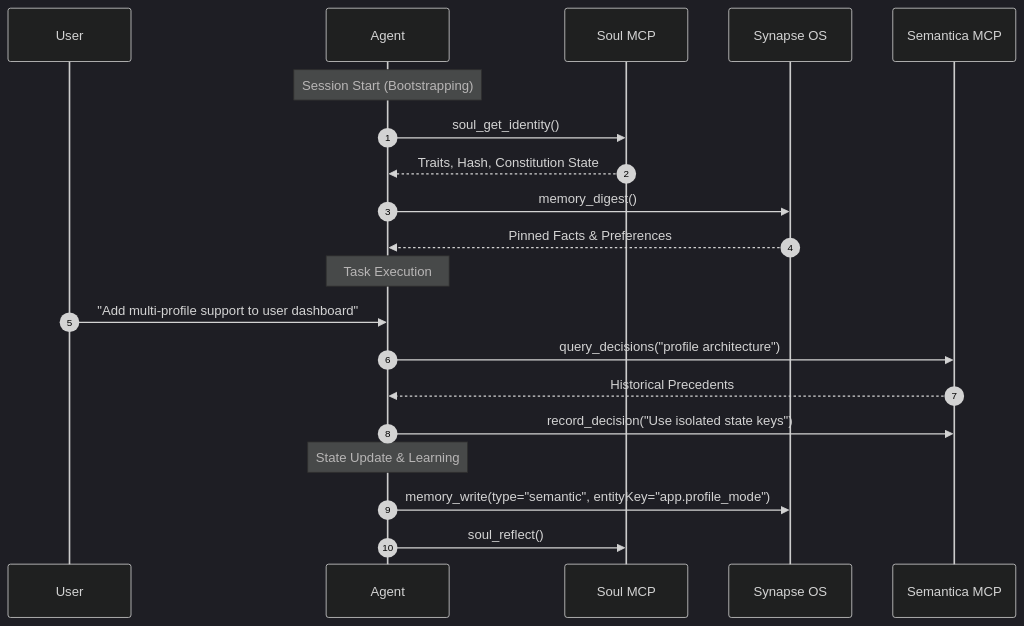
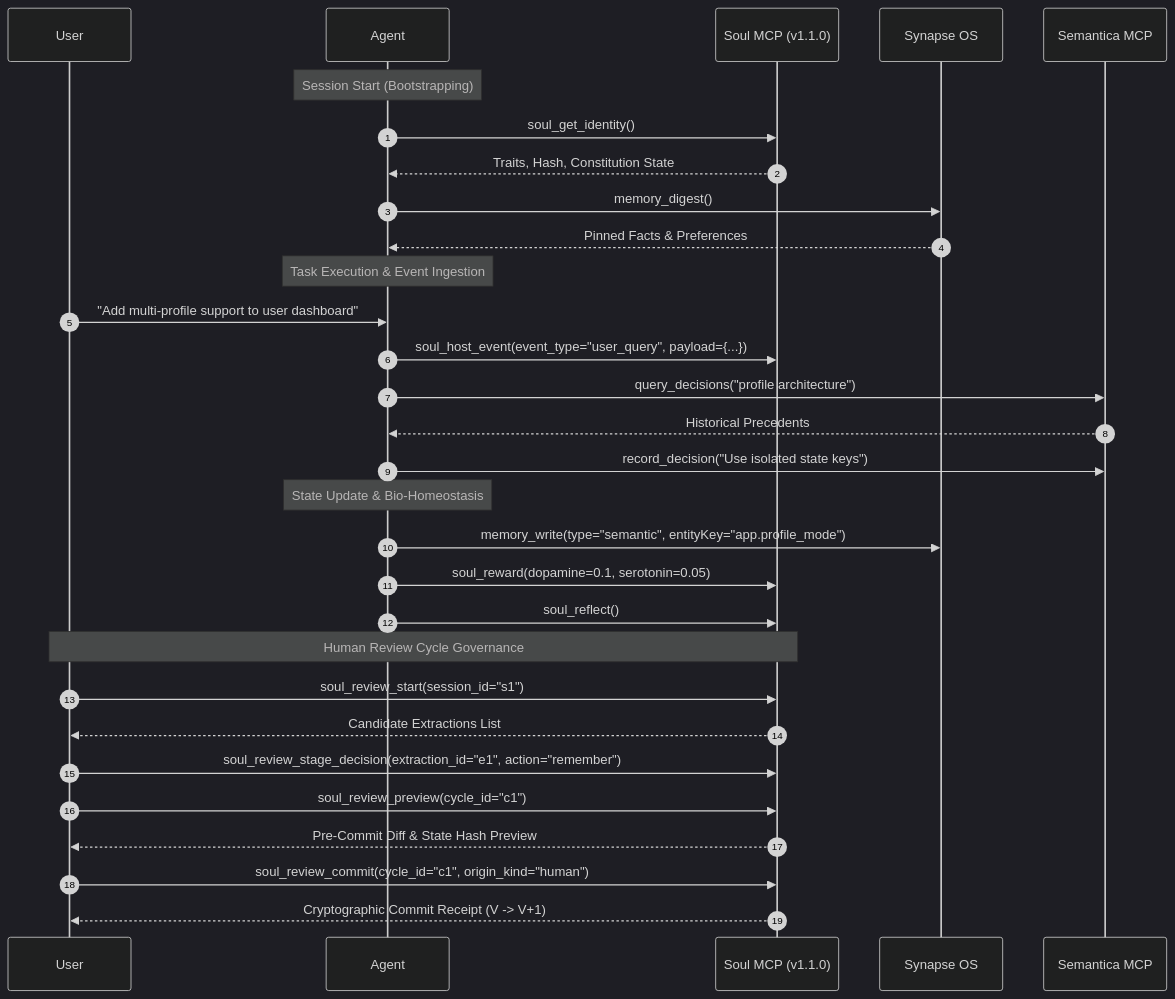
The diagram in docs/MCP_TOOL_USAGE_GUIDELINE.md (Azhonaras/soul-engine), drawn with Mermaid (dark theme) before and after one commit. The commit also changed other lines of this file and 2 other files, not shown here.

Commit message:
docs(diagrams): update architecture, sequence, and ER diagrams for v1.1.0 review cycle governance

````diff
--- a/docs/MCP_TOOL_USAGE_GUIDELINE.md
+++ b/docs/MCP_TOOL_USAGE_GUIDELINE.md
@@ -128,25 +129,36 @@
 ```mermaid
 sequenceDiagram
     autonumber
     participant User
     participant Agent
-    participant Soul as Soul MCP
+    participant Soul as Soul MCP (v1.1.0)
     participant Synapse as Synapse OS
     participant Semantica as Semantica MCP
 
     Note over Agent: Session Start (Bootstrapping)
     Agent->>Soul: soul_get_identity()
     Soul-->>Agent: Traits, Hash, Constitution State
     Agent->>Synapse: memory_digest()
     Synapse-->>Agent: Pinned Facts & Preferences
 
-    Note over Agent: Task Execution
+    Note over Agent: Task Execution & Event Ingestion
     User->>Agent: "Add multi-profile support to user dashboard"
+    Agent->>Soul: soul_host_event(event_type="user_query", payload={...})
     Agent->>Semantica: query_decisions("profile architecture")
     Semantica-->>Agent: Historical Precedents
     Agent->>Semantica: record_decision("Use isolated state keys")
 
-    Note over Agent: State Update & Learning
+    Note over Agent: State Update & Bio-Homeostasis
     Agent->>Synapse: memory_write(type="semantic", entityKey="app.profile_mode")
+    Agent->>Soul: soul_reward(dopamine=0.1, serotonin=0.05)
     Agent->>Soul: soul_reflect()
+
+    Note over User,Soul: Human Review Cycle Governance
+    User->>Soul: soul_review_start(session_id="s1")
+    Soul-->>User: Candidate Extractions List
+    User->>Soul: soul_review_stage_decision(extraction_id="e1", action="remember")
+    User->>Soul: soul_review_preview(cycle_id="c1")
+    Soul-->>User: Pre-Commit Diff & State Hash Preview
+    User->>Soul: soul_review_commit(cycle_id="c1", origin_kind="human")
+    Soul-->>User: Cryptographic Commit Receipt (V -> V+1)
 ```
````
